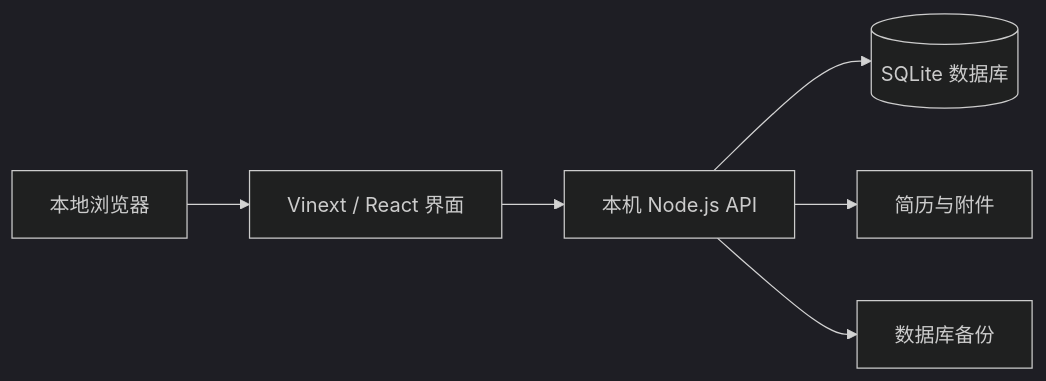
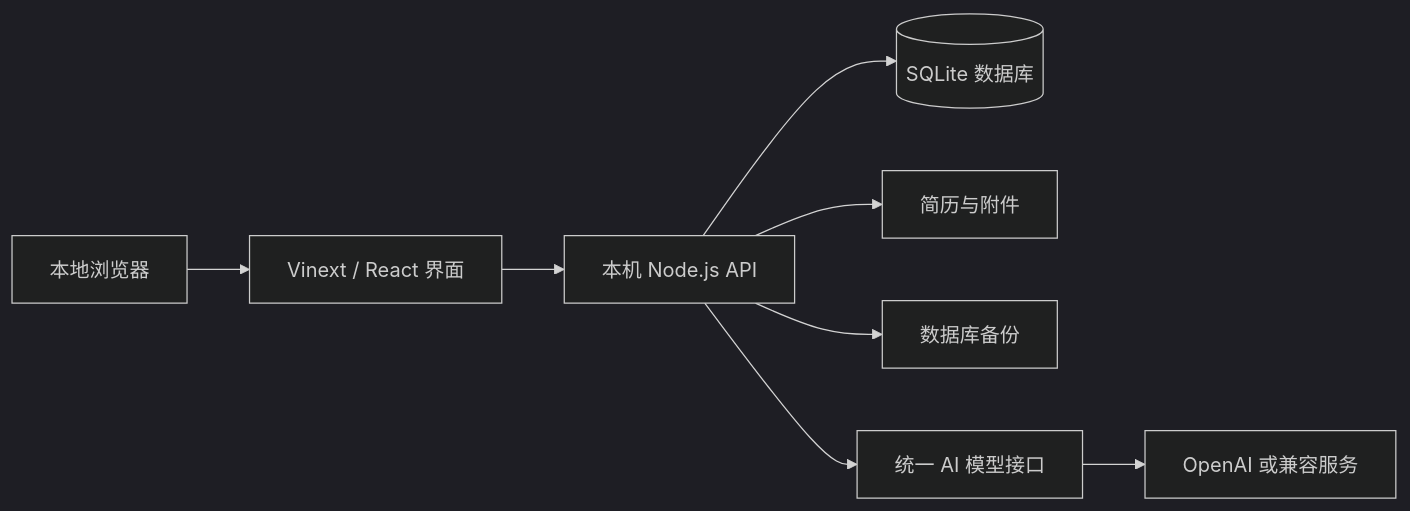
One commit to ahao224/AutumnRecruitmentTracker changed the diagram in README.md. Above: the diagram before and after it, drawn with Mermaid (dark theme). The commit also changed other lines of this file and 5 other files, not shown here.

````diff
--- a/README.md
+++ b/README.md
@@ -216,8 +236,10 @@
 ```mermaid
 flowchart LR
     A[本地浏览器] --> B[Vinext / React 界面]
     B --> C[本机 Node.js API]
     C --> D[(SQLite 数据库)]
     C --> E[简历与附件]
     C --> F[数据库备份]
+    C --> G[统一 AI 模型接口]
+    G --> H[OpenAI 或兼容服务]
 ```
````
